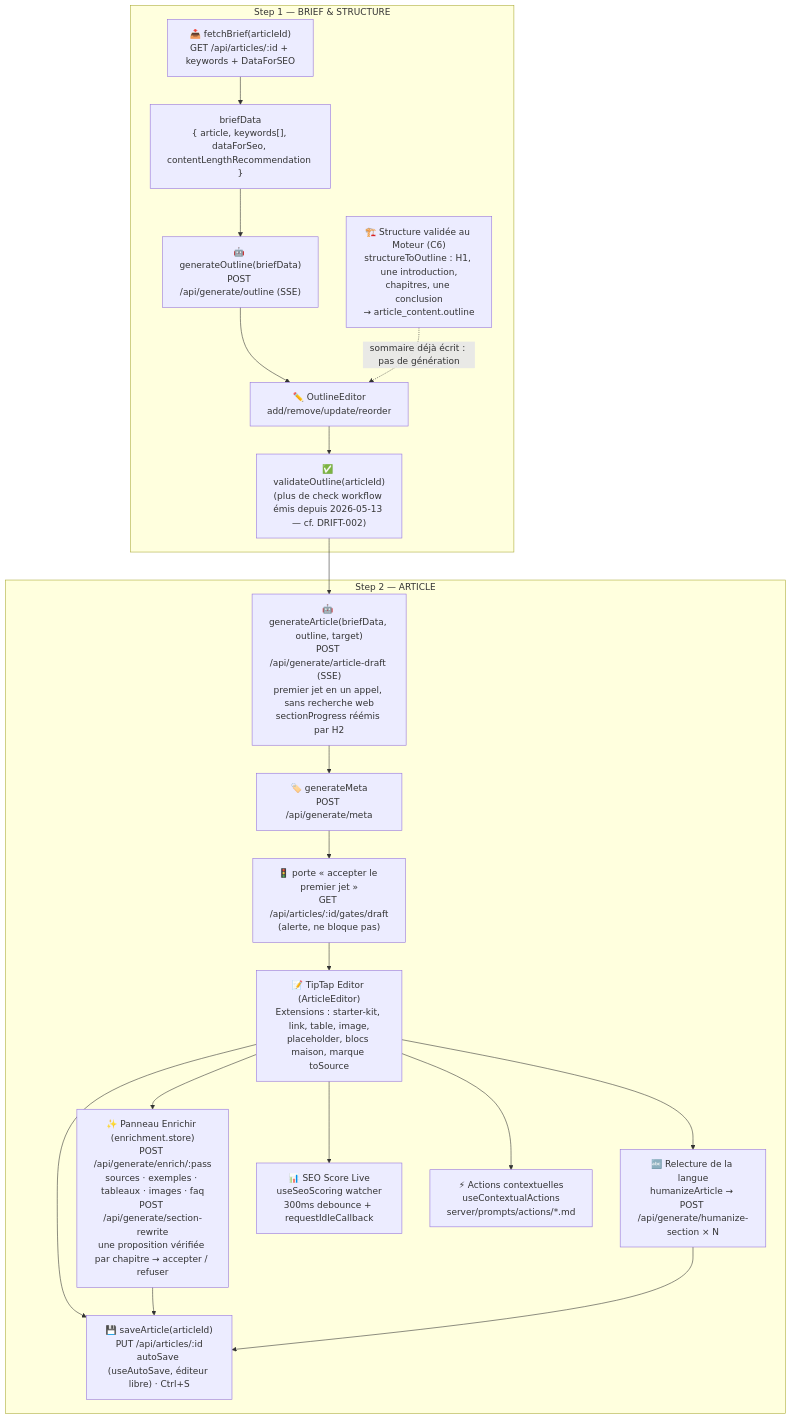
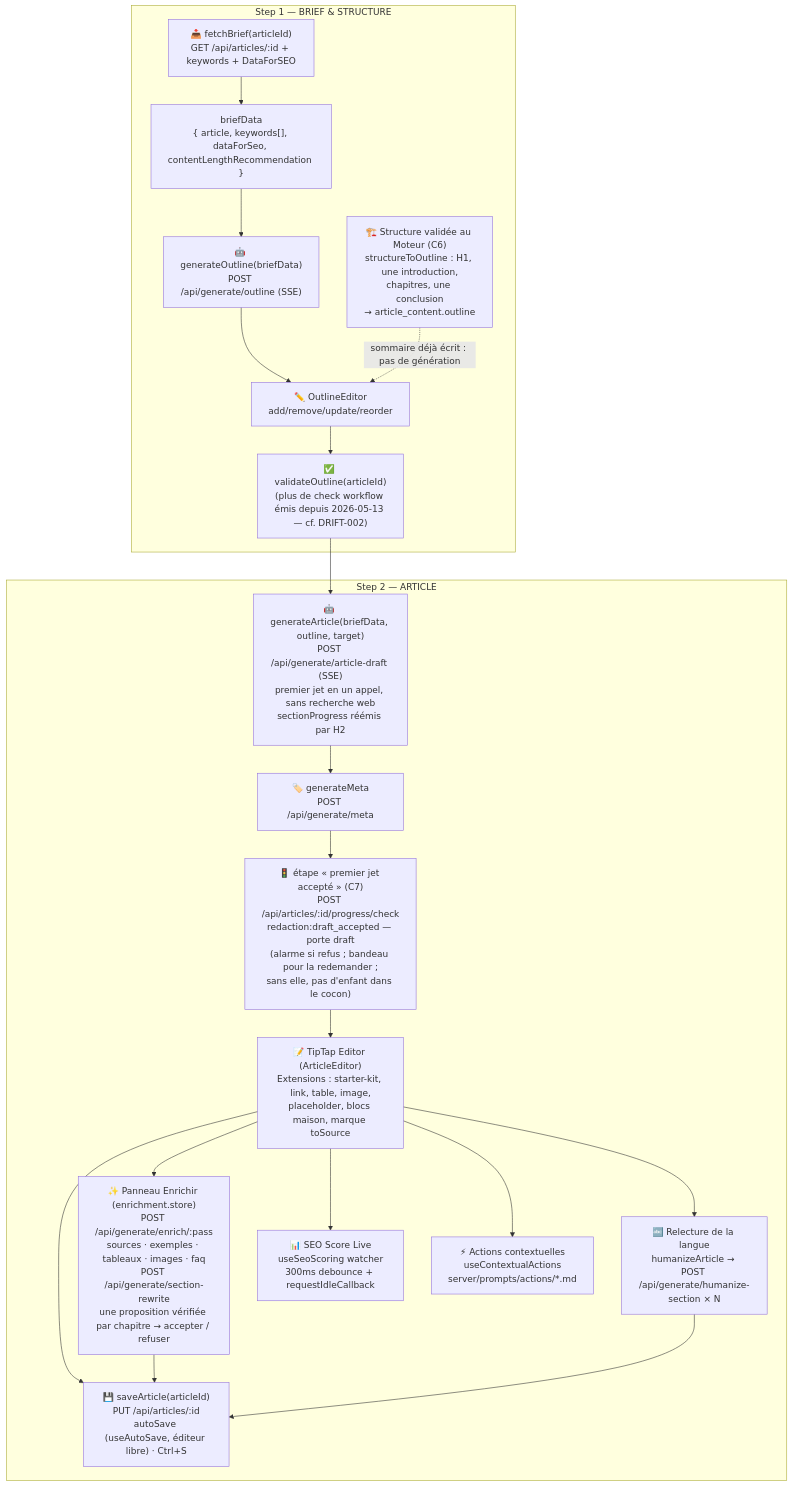
Diagram 14 of 25 in docs/ARCHITECTURE_FLOWS.md (annubis-knight/Blog_Redactor_SEO), drawn with Mermaid before and after one commit. The commit also changed other lines of this file and 20 other files, not shown here.

````diff
--- a/docs/ARCHITECTURE_FLOWS.md
+++ b/docs/ARCHITECTURE_FLOWS.md
@@ -650,39 +665,39 @@
 ```mermaid
 graph TB
     subgraph Step1["Step 1 — BRIEF & STRUCTURE"]
         FETCH["📥 fetchBrief(articleId)<br>GET /api/articles/:id + keywords + DataForSEO"]
         BRIEF_DATA["briefData<br>{ article, keywords[], dataForSeo, contentLengthRecommendation }"]
         GEN_OUTLINE["🤖 generateOutline(briefData)<br>POST /api/generate/outline (SSE)"]
         EDIT_OUTLINE["✏️ OutlineEditor<br>add/remove/update/reorder"]
         VALIDATE["✅ validateOutline(articleId)<br>(plus de check workflow émis depuis 2026-05-13 — cf. DRIFT-002)"]
 
         FETCH --> BRIEF_DATA --> GEN_OUTLINE --> EDIT_OUTLINE --> VALIDATE
         MOTEUR_HN["🏗️ Structure validée au Moteur (C6)<br>structureToOutline : H1, une introduction,<br>chapitres, une conclusion<br>→ article_content.outline"]
         MOTEUR_HN -.->|"sommaire déjà écrit : pas de génération"| EDIT_OUTLINE
     end
 
     subgraph Step2["Step 2 — ARTICLE"]
         GEN_ARTICLE["🤖 generateArticle(briefData, outline, target)<br>POST /api/generate/article-draft (SSE)<br>premier jet en un appel, sans recherche web<br>sectionProgress réémis par H2"]
-        GATE_DRAFT["🚦 porte « accepter le premier jet »<br>GET /api/articles/:id/gates/draft<br>(alerte, ne bloque pas)"]
+        GATE_DRAFT["🚦 étape « premier jet accepté » (C7)<br>POST /api/articles/:id/progress/check<br>redaction:draft_accepted — porte draft<br>(alarme si refus ; bandeau pour la redemander ;<br>sans elle, pas d'enfant dans le cocon)"]
         EDITOR["📝 TipTap Editor (ArticleEditor)<br>Extensions : starter-kit, link, table, image,<br>placeholder, blocs maison, marque toSource"]
         GEN_META["🏷️ generateMeta<br>POST /api/generate/meta"]
         ENRICH["✨ Panneau Enrichir (enrichment.store)<br>POST /api/generate/enrich/:pass<br>sources · exemples · tableaux · images · faq<br>POST /api/generate/section-rewrite<br>une proposition vérifiée par chapitre → accepter / refuser"]
         LANG["🔤 Relecture de la langue<br>humanizeArticle → POST /api/generate/humanize-section × N"]
         SEO_LIVE["📊 SEO Score Live<br>useSeoScoring watcher<br>300ms debounce + requestIdleCallback"]
         SAVE_ART["💾 saveArticle(articleId)<br>PUT /api/articles/:id<br>autoSave (useAutoSave, éditeur libre) · Ctrl+S"]
         ACTIONS["⚡ Actions contextuelles<br>useContextualActions<br>server/prompts/actions/*.md"]
 
         GEN_ARTICLE --> GEN_META --> GATE_DRAFT --> EDITOR
         EDITOR --> ENRICH
         EDITOR --> LANG
         EDITOR --> SEO_LIVE
         EDITOR --> SAVE_ART
         EDITOR --> ACTIONS
         ENRICH --> SAVE_ART
         LANG --> SAVE_ART
     end
 
     VALIDATE --> GEN_ARTICLE
 
     %% Checks Rédaction retirés 2026-05-13 (cf. DRIFT-002) — la progression Rédaction est lisible directement via l'état métier (sommaire présent, contenu présent, etc.), pas via des checks workflow.
 ```
````
